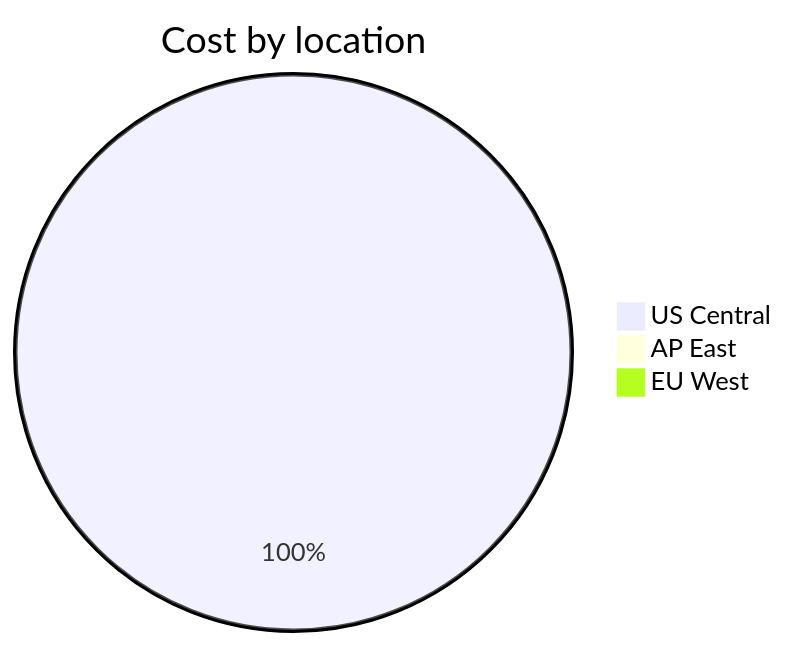
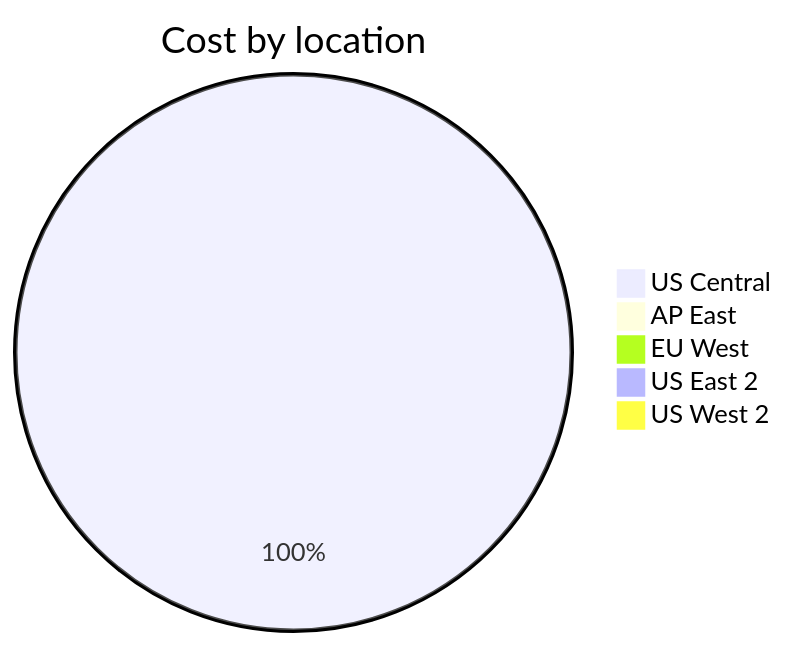
Before and after one commit to jpfulton/azure-personal-reports: the third of 4 diagrams in cost-reports/personal-site/personal-site.md, drawn with Mermaid. The commit also changed other lines of this file and 6 other files, not shown here.

````diff
--- a/cost-reports/personal-site/personal-site.md
+++ b/cost-reports/personal-site/personal-site.md
@@ -107,7 +109,9 @@
 ```mermaid
 pie
    title Cost by location
-   "US Central" : 0.21
+   "US Central" : 0.43
    "AP East" : 0.00
    "EU West" : 0.00
+   "US East 2" : 0.00
+   "US West 2" : 0.00
 ```
````
